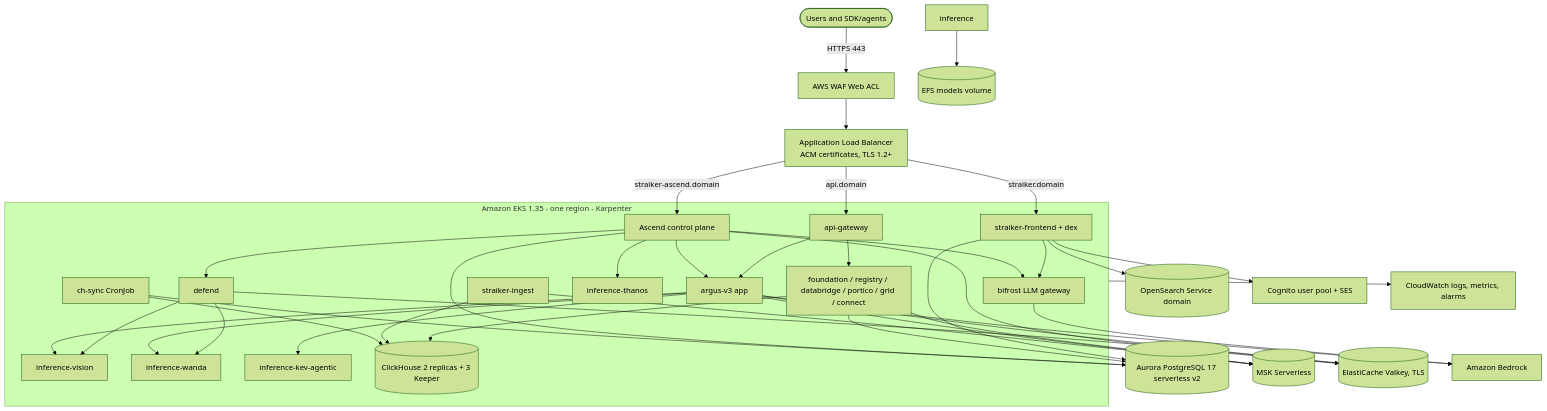
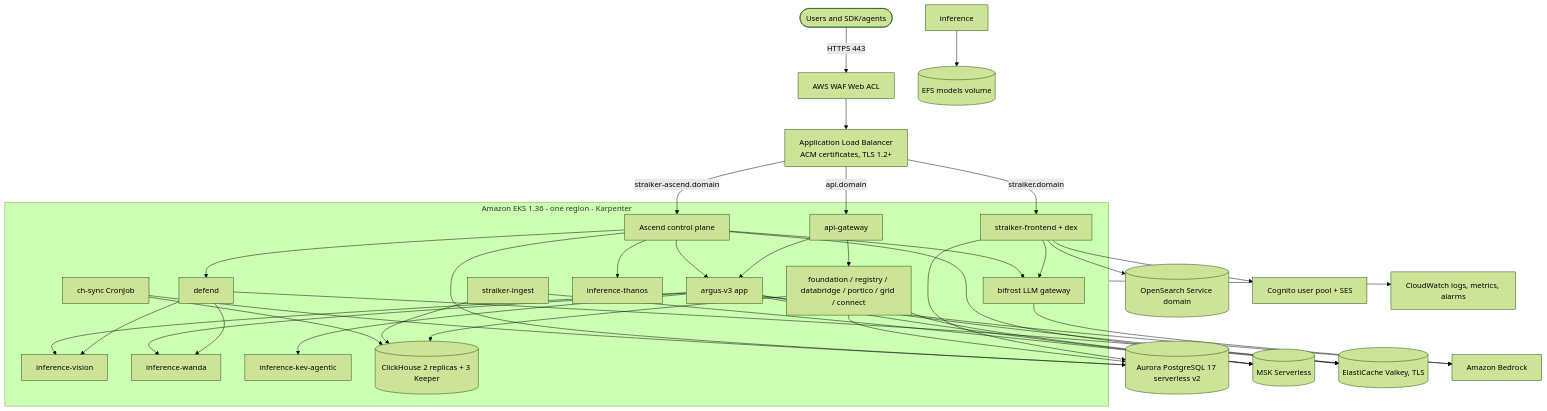
Before and after one commit to straiker-ai/onprem-installer: the first of 2 diagrams in doc/architecture.md, drawn with Mermaid (forest theme). The commit also changed other lines of this file and 7 other files, not shown here.

````diff
--- a/doc/architecture.md
+++ b/doc/architecture.md
@@ -19,43 +19,43 @@
 ```mermaid
 flowchart TB
   user([Users and SDK/agents]) -->|HTTPS 443| waf[AWS WAF Web ACL]
   waf --> alb[Application Load Balancer<br/>ACM certificates, TLS 1.2+]
   alb -->|straiker.domain| fe[straiker-frontend + dex]
   alb -->|straiker-ascend.domain| ascend[Ascend control plane]
   alb -->|api.domain| gw[api-gateway]
 
-  subgraph eks[Amazon EKS 1.35 - one region - Karpenter]
+  subgraph eks[Amazon EKS 1.36 - one region - Karpenter]
     fe --> bifrost[bifrost LLM gateway]
     gw --> argus3[argus-v3 app]
     gw --> plat[foundation / registry / databridge / portico / grid / connect]
     defend --> vision[inference-vision]
     defend --> wanda[inference-wanda]
     argus3 --> vision
     argus3 --> wanda
     argus3 --> kevag[inference-kev-agentic]
     ascend --> thanos[inference-thanos]
     ascend --> defend
     ascend --> argus3
     ascend --> bifrost
     plat --> ch[(ClickHouse 2 replicas + 3 Keeper)]
     ingest[straiker-ingest] --> ch
     chsync[ch-sync CronJob] --> ch
   end
 
   fe --> aurora[(Aurora PostgreSQL 17 serverless v2)]
   plat --> aurora
   ascend --> aurora
   chsync --> aurora
   plat --> msk[(MSK Serverless)]
   argus3 --> msk
   ingest --> msk
   argus3 --> redis[(ElastiCache Valkey, TLS)]
   defend --> redis
   ascend --> redis
   fe --> os[(OpenSearch Service domain)]
   inference --> efs[(EFS models volume)]
   bifrost --> bedrock[Amazon Bedrock]
   argus3 --> bedrock
   fe --> cognito[Cognito user pool + SES]
   eks --> cw[CloudWatch logs, metrics, alarms]
 ```
````
